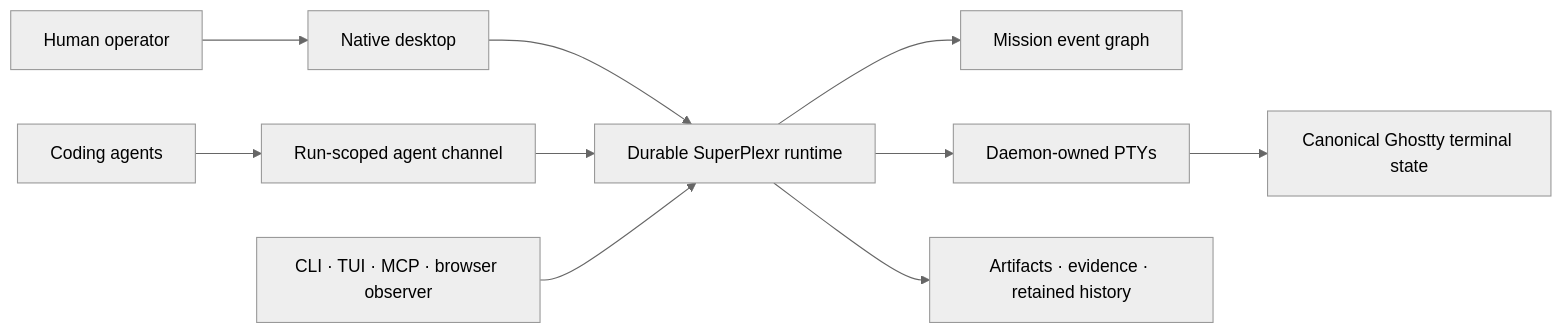
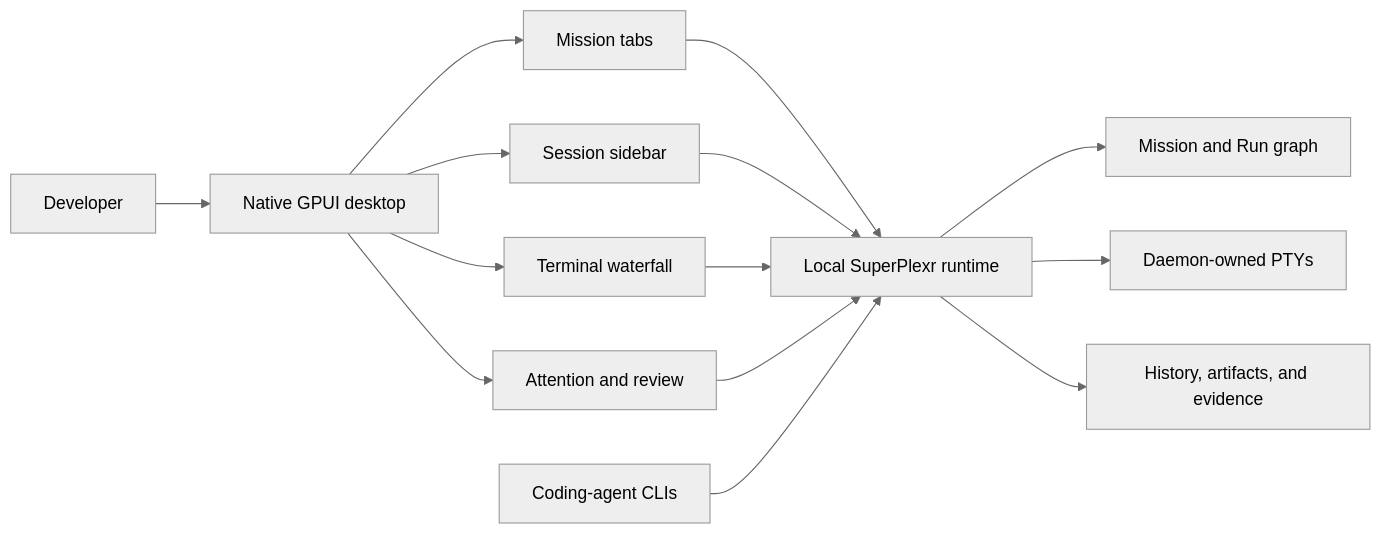
Before and after one commit to debpalash/superplexr: the diagram in README.md, drawn with Mermaid (neutral theme). The commit also changed other lines of this file and 4 other files, not shown here.

Commit message:
Present SuperPlexr as a native desktop app

````diff
--- a/README.md
+++ b/README.md
@@ -116,12 +93,13 @@
 ```mermaid
 flowchart LR
-    H[Human operator] --> D[Native desktop]
-    A[Coding agents] --> C[Run-scoped agent channel]
-    D --> R[Durable SuperPlexr runtime]
-    C --> R
-    CLI[CLI · TUI · MCP · browser observer] --> R
-    R --> M[Mission event graph]
+    H[Developer] --> D[Native GPUI desktop]
+    D --> T[Mission tabs]
+    D --> S[Session sidebar]
+    D --> W[Terminal waterfall]
+    D --> A[Attention and review]
+    T & S & W & A --> R[Local SuperPlexr runtime]
+    G[Coding-agent CLIs] --> R
+    R --> M[Mission and Run graph]
     R --> P[Daemon-owned PTYs]
-    P --> T[Canonical Ghostty terminal state]
-    R --> E[Artifacts · evidence · retained history]
+    R --> E[History, artifacts, and evidence]
 ```
````
